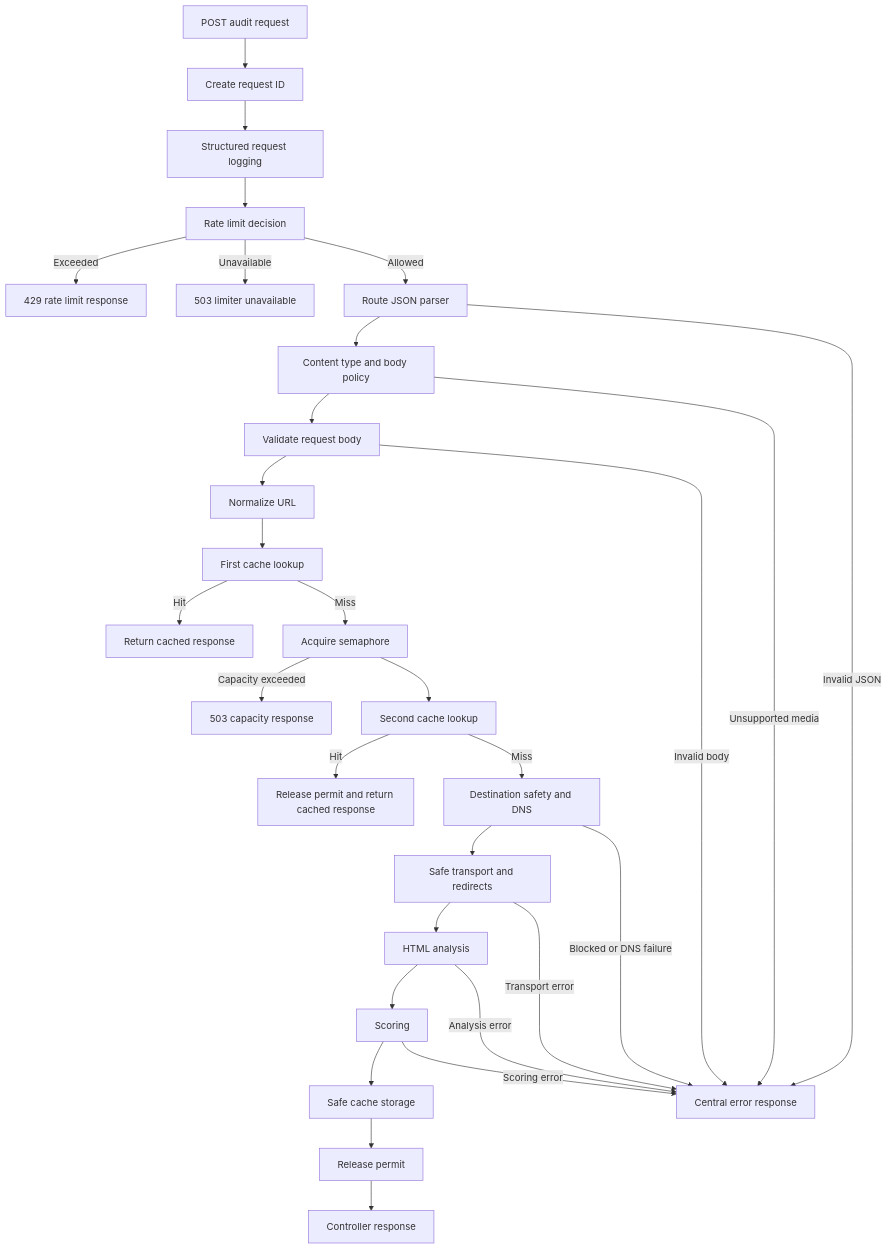
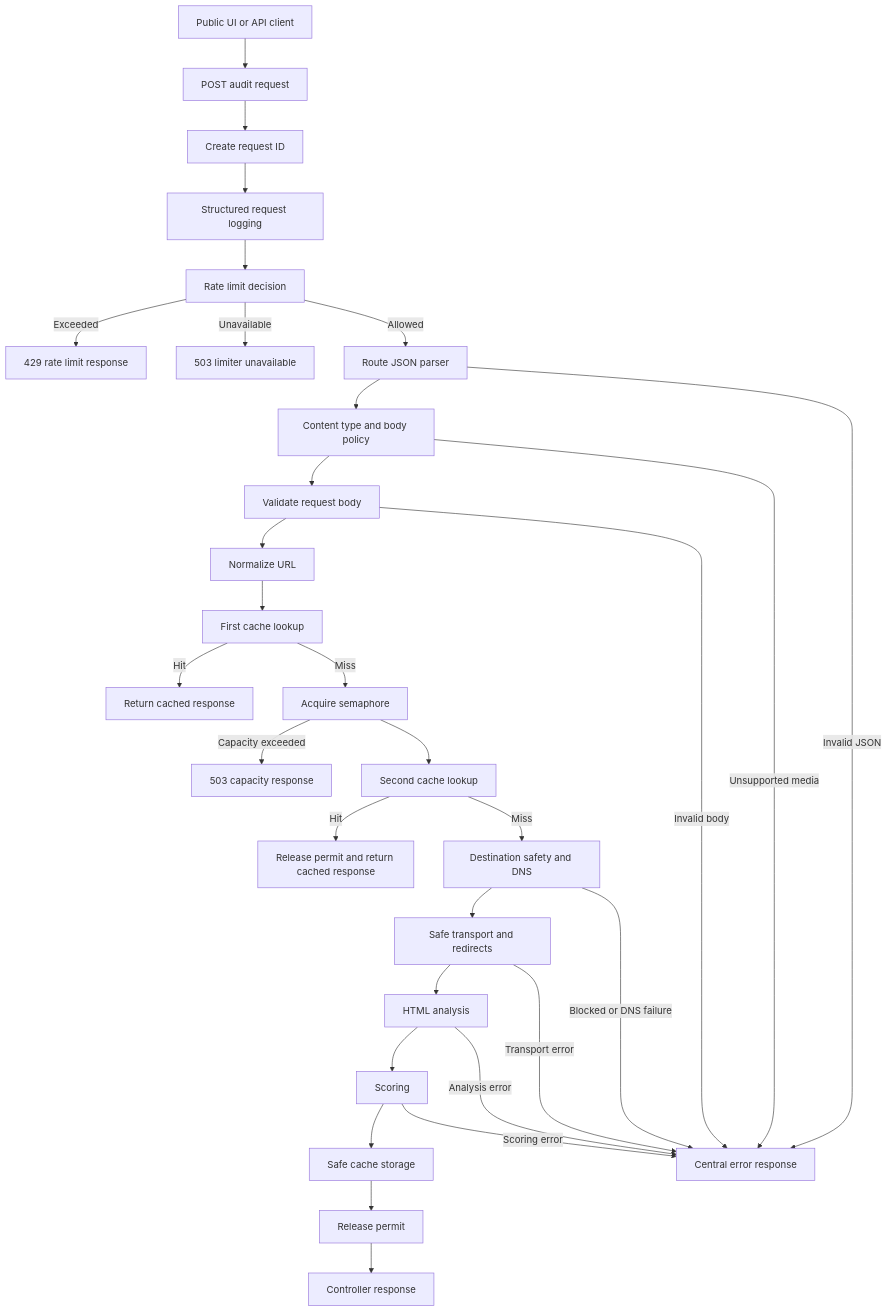
One commit to shivaydwivedi/PagePulse changed the diagram in docs/diagrams/audit-request-lifecycle.mmd. Above: the diagram before and after it, drawn with Mermaid. The commit also changed 16 other files, not shown here.

```diff
--- a/docs/diagrams/audit-request-lifecycle.mmd
+++ b/docs/diagrams/audit-request-lifecycle.mmd
@@ -1,30 +1,31 @@
 flowchart TD
-  Request[POST audit request] --> RequestID[Create request ID]
+  UI[Public UI or API client] --> Request[POST audit request]
+  Request --> RequestID[Create request ID]
   RequestID --> Logging[Structured request logging]
   Logging --> RateLimit[Rate limit decision]
   RateLimit -->|Exceeded| RateReject[429 rate limit response]
   RateLimit -->|Unavailable| LimiterUnavailable[503 limiter unavailable]
   RateLimit -->|Allowed| JsonParser[Route JSON parser]
   JsonParser --> ContentPolicy[Content type and body policy]
   ContentPolicy --> Validation[Validate request body]
   Validation --> Normalize[Normalize URL]
   Normalize --> CacheOne[First cache lookup]
   CacheOne -->|Hit| HitResponse[Return cached response]
   CacheOne -->|Miss| Semaphore[Acquire semaphore]
   Semaphore -->|Capacity exceeded| CapacityError[503 capacity response]
   Semaphore --> CacheTwo[Second cache lookup]
   CacheTwo -->|Hit| ReleaseHit[Release permit and return cached response]
   CacheTwo -->|Miss| Safety[Destination safety and DNS]
   Safety --> Transport[Safe transport and redirects]
   Transport --> Analysis[HTML analysis]
   Analysis --> Scoring[Scoring]
   Scoring --> CacheSet[Safe cache storage]
   CacheSet --> Release[Release permit]
   Release --> Response[Controller response]
   JsonParser -->|Invalid JSON| Error[Central error response]
   ContentPolicy -->|Unsupported media| Error
   Validation -->|Invalid body| Error
   Safety -->|Blocked or DNS failure| Error
   Transport -->|Transport error| Error
   Analysis -->|Analysis error| Error
   Scoring -->|Scoring error| Error
```
